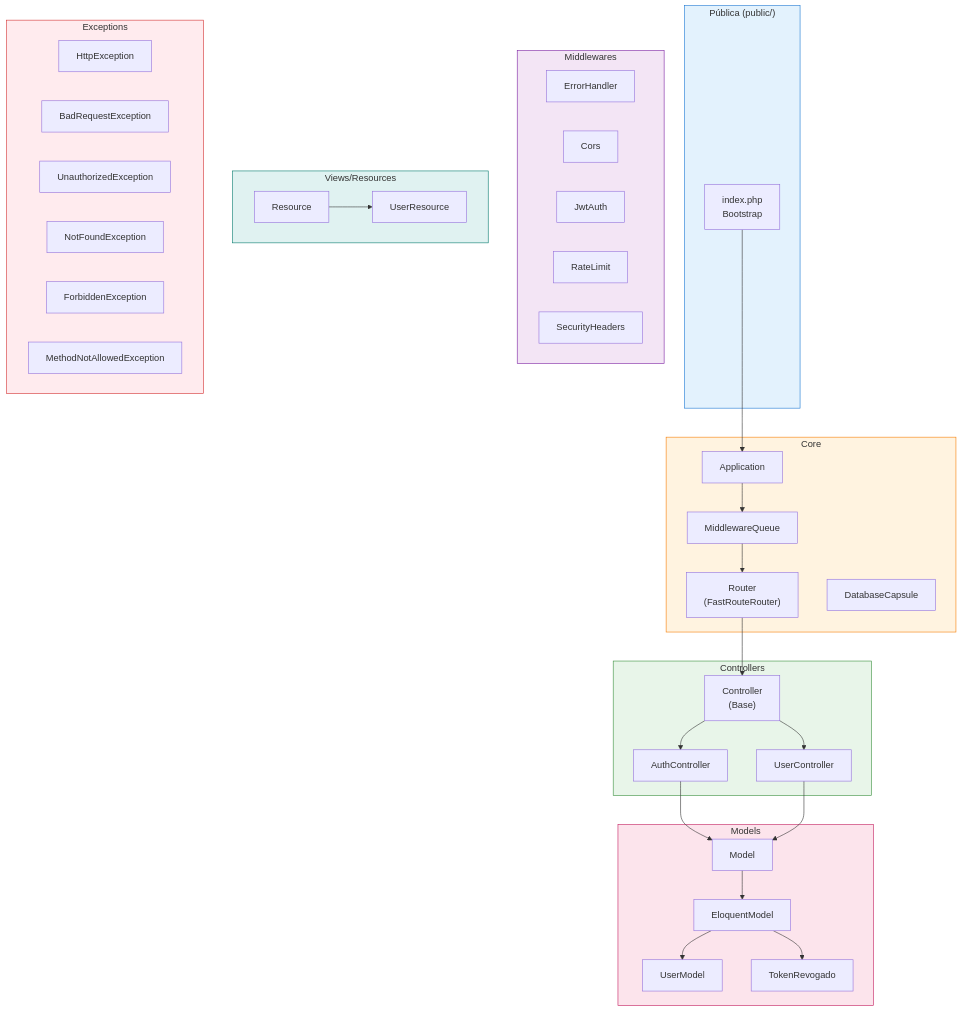
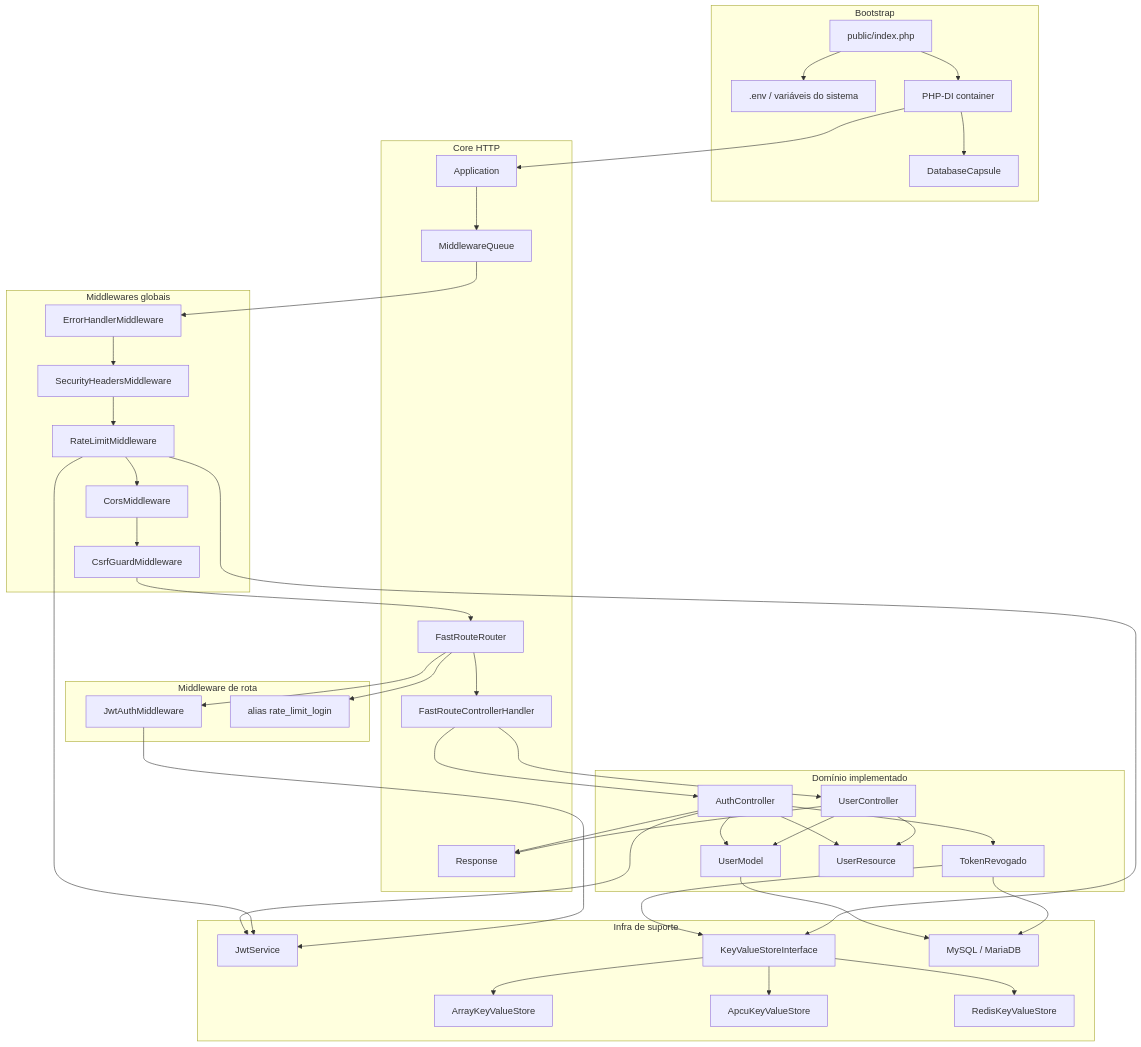
One commit to arthur-oliveira-oficial/parrot-php changed the first of 6 diagrams in docs/diagrama.md. Above: the diagram before and after it, drawn with Mermaid. The commit also changed other lines of this file and 2 other files, not shown here.

````diff
--- a/docs/diagrama.md
+++ b/docs/diagrama.md
@@ -11,69 +7,76 @@
 ```mermaid
 flowchart TB
-    subgraph PUBLIC["Pública (public/)"]
-        INDEX["index.php<br/>Bootstrap"]
+    subgraph Entrada["Bootstrap"]
+        INDEX["public/index.php"]
+        ENV[".env / variáveis do sistema"]
+        DI["PHP-DI container"]
+        DB["DatabaseCapsule"]
     end
 
-    subgraph CORE["Core"]
+    subgraph Core["Core HTTP"]
         APP["Application"]
-        ROUTER["Router<br/>(FastRouteRouter)"]
-        DBCAPS["DatabaseCapsule"]
-        MIDQ["MiddlewareQueue"]
+        FILA["MiddlewareQueue"]
+        ROUTER["FastRouteRouter"]
+        HANDLER["FastRouteControllerHandler"]
+        RESP["Response"]
     end
 
-    subgraph CONTROLLERS["Controllers"]
-        BASE["Controller<br/>(Base)"]
-        AUTH["AuthController"]
-        USER["UserController"]
+    subgraph Globais["Middlewares globais"]
+        ERR["ErrorHandlerMiddleware"]
+        SEC["SecurityHeadersMiddleware"]
+        RL["RateLimitMiddleware"]
+        CORS["CorsMiddleware"]
+        CSRF["CsrfGuardMiddleware"]
     end
 
-    subgraph MODELS["Models"]
-        MBASE["Model"]
-        ELOQ["EloquentModel"]
-        UM["UserModel"]
-        TKREV["TokenRevogado"]
+    subgraph Rota["Middleware de rota"]
+        JWT["JwtAuthMiddleware"]
+        LOGINRL["alias rate_limit_login"]
     end
 
-    subgraph MIDDLEWARES["Middlewares"]
-        ERR["ErrorHandler"]
-        CORS["Cors"]
-        JWT["JwtAuth"]
-        RATE["RateLimit"]
-        SEC["SecurityHeaders"]
+    subgraph Dominio["Domínio implementado"]
+        AUTH["AuthController"]
+        USERCTRL["UserController"]
+        USERMODEL["UserModel"]
+        TOKENMODEL["TokenRevogado"]
+        USERRES["UserResource"]
     end
 
-    subgraph VIEWS["Views/Resources"]
-        RES["Resource"]
-        URES["UserResource"]
+    subgraph Infra["Infra de suporte"]
+        JWTSVC["JwtService"]
+        CACHE["KeyValueStoreInterface"]
+        ARRAY["ArrayKeyValueStore"]
+        APCU["ApcuKeyValueStore"]
+        REDIS["RedisKeyValueStore"]
+        MYSQL["MySQL / MariaDB"]
     end
 
-    subgraph EXCEPTIONS["Exceptions"]
-        HTTP["HttpException"]
-        BAD["BadRequestException"]
-        UNAUTH["UnauthorizedException"]
-        NOTFOUND["NotFoundException"]
-        FORBIDDEN["ForbiddenException"]
-        METHOD["MethodNotAllowedException"]
-    end
-
-    INDEX --> APP
-    APP --> MIDQ
-    MIDQ --> ROUTER
-    ROUTER --> BASE
-    BASE --> AUTH
-    BASE --> USER
-    AUTH --> MBASE
-    USER --> MBASE
-    MBASE --> ELOQ
-    ELOQ --> UM
-    ELOQ --> TKREV
-    RES --> URES
-
-    style PUBLIC fill:#e3f2fd,stroke:#1976d2
-    style CORE fill:#fff3e0,stroke:#f57c00
-    style CONTROLLERS fill:#e8f5e9,stroke:#388e3c
-    style MODELS fill:#fce4ec,stroke:#c2185b
-    style MIDDLEWARES fill:#f3e5f5,stroke:#7b1fa2
-    style VIEWS fill:#e0f2f1,stroke:#00796b
-    style EXCEPTIONS fill:#ffebee,stroke:#d32f2f
+    INDEX --> ENV
+    INDEX --> DI
+    DI --> DB
+    DI --> APP
+    APP --> FILA
+    FILA --> ERR --> SEC --> RL --> CORS --> CSRF --> ROUTER
+    ROUTER --> LOGINRL
+    ROUTER --> JWT
+    ROUTER --> HANDLER
+    HANDLER --> AUTH
+    HANDLER --> USERCTRL
+    AUTH --> USERMODEL
+    AUTH --> USERRES
+    AUTH --> JWTSVC
+    AUTH --> TOKENMODEL
+    USERCTRL --> USERMODEL
+    USERCTRL --> USERRES
+    USERMODEL --> MYSQL
+    TOKENMODEL --> MYSQL
+    TOKENMODEL --> CACHE
+    RL --> CACHE
+    RL --> JWTSVC
+    JWT --> JWTSVC
+    CACHE --> ARRAY
+    CACHE --> APCU
+    CACHE --> REDIS
+    AUTH --> RESP
+    USERCTRL --> RESP
 ```
````
